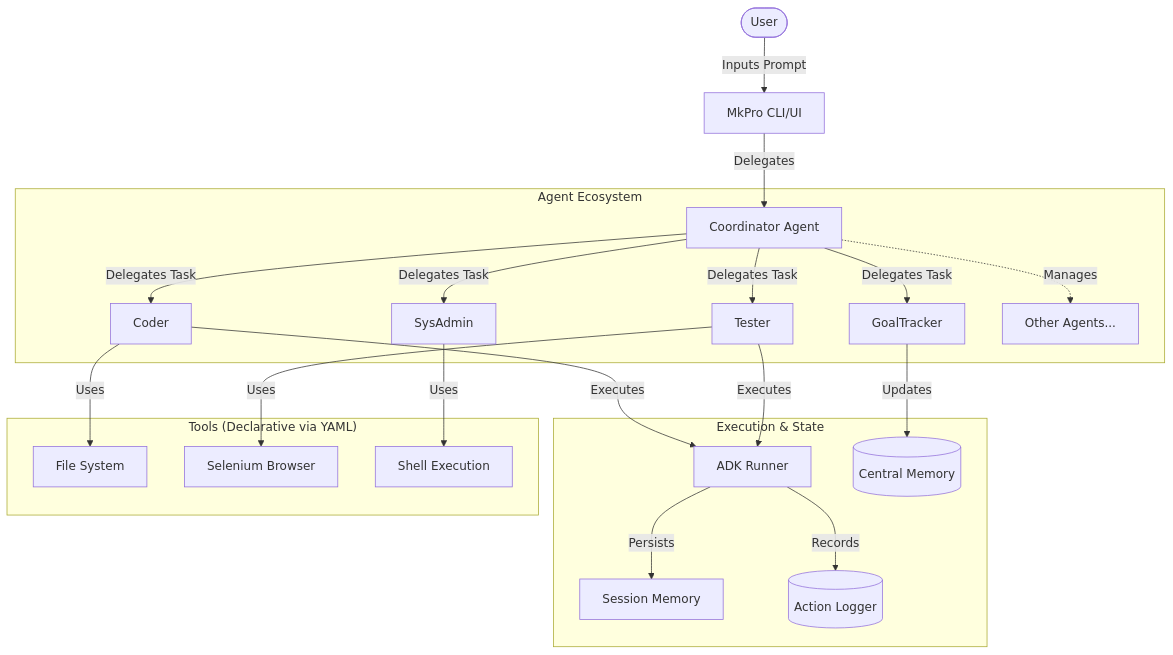
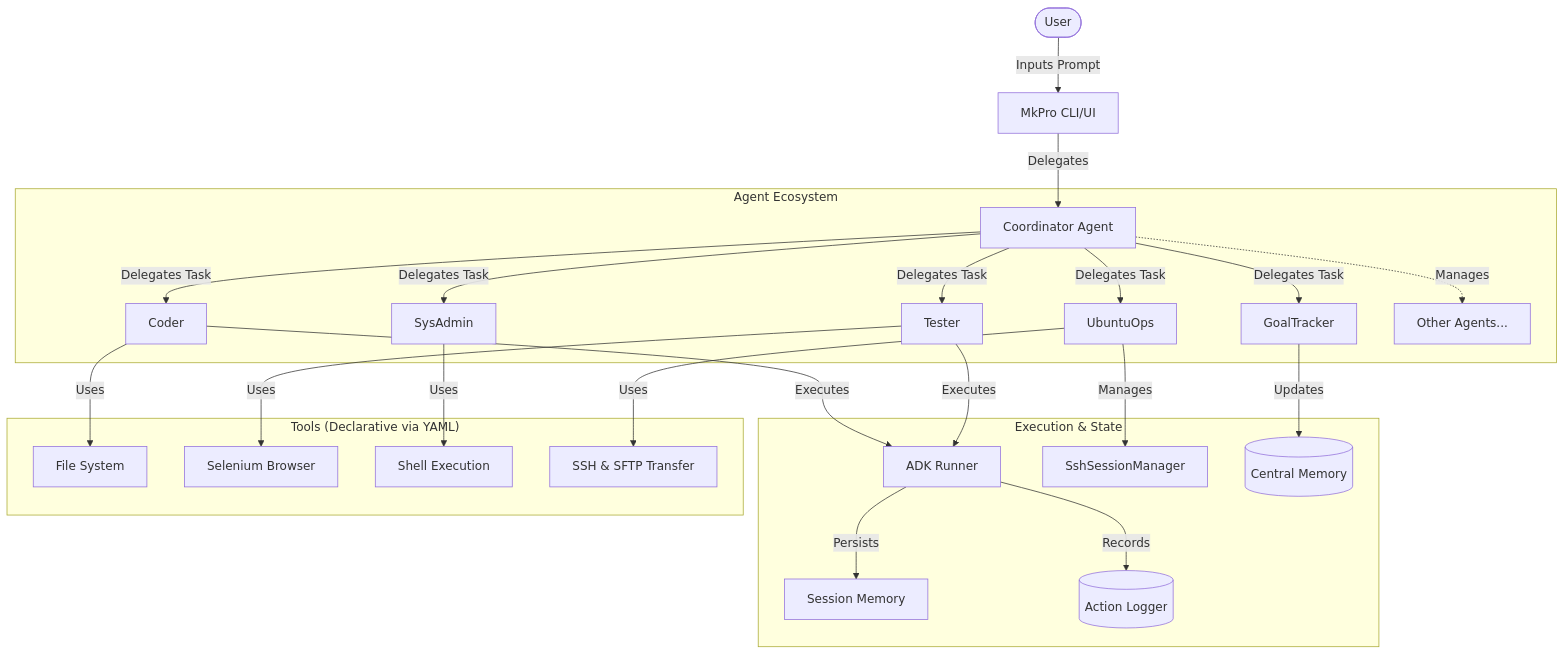
Before and after one commit to Sandeep-BA/mkpro: the diagram in README.md, drawn with Mermaid. The commit also changed other lines of this file, not shown here.

Commit message:
docs(readme): comprehensive update with 16-agent team, UbuntuOps, and new features [mkpro]

````diff
--- a/README.md
+++ b/README.md
@@ -29,27 +30,30 @@
 ```mermaid
 graph TD
     User([User]) -->|Inputs Prompt| MkPro[MkPro CLI/UI]
     MkPro -->|Delegates| Coordinator[Coordinator Agent]
     
     subgraph "Agent Ecosystem"
         Coordinator -->|Delegates Task| Coder[Coder]
         Coordinator -->|Delegates Task| Tester[Tester]
         Coordinator -->|Delegates Task| SysAdmin[SysAdmin]
+        Coordinator -->|Delegates Task| UbuntuOps[UbuntuOps]
         Coordinator -->|Delegates Task| GoalTracker[GoalTracker]
         Coordinator -.->|Manages| Others[Other Agents...]
     end
 
     subgraph "Execution & State"
         Coder -->|Executes| Runner[ADK Runner]
         Tester -->|Executes| Runner
+        UbuntuOps -->|Manages| SshMgr[SshSessionManager]
         Runner -->|Persists| Session[Session Memory]
         Runner -->|Records| ActionLogger[(Action Logger)]
         GoalTracker -->|Updates| CentralMem[(Central Memory)]
     end
 
     subgraph "Tools (Declarative via YAML)"
         Coder -->|Uses| FileTools[File System]
         Tester -->|Uses| Selenium[Selenium Browser]
         SysAdmin -->|Uses| Shell[Shell Execution]
+        UbuntuOps -->|Uses| SshTools[SSH & SFTP Transfer]
     end
 ```
````
